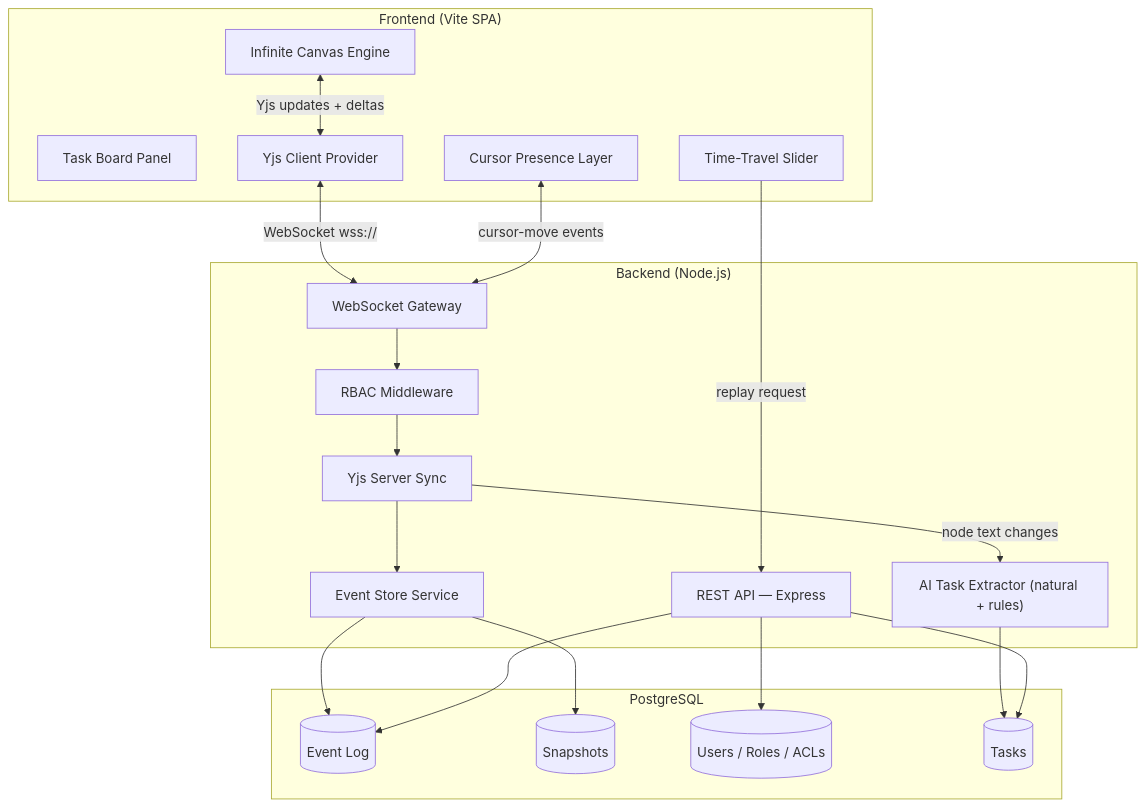
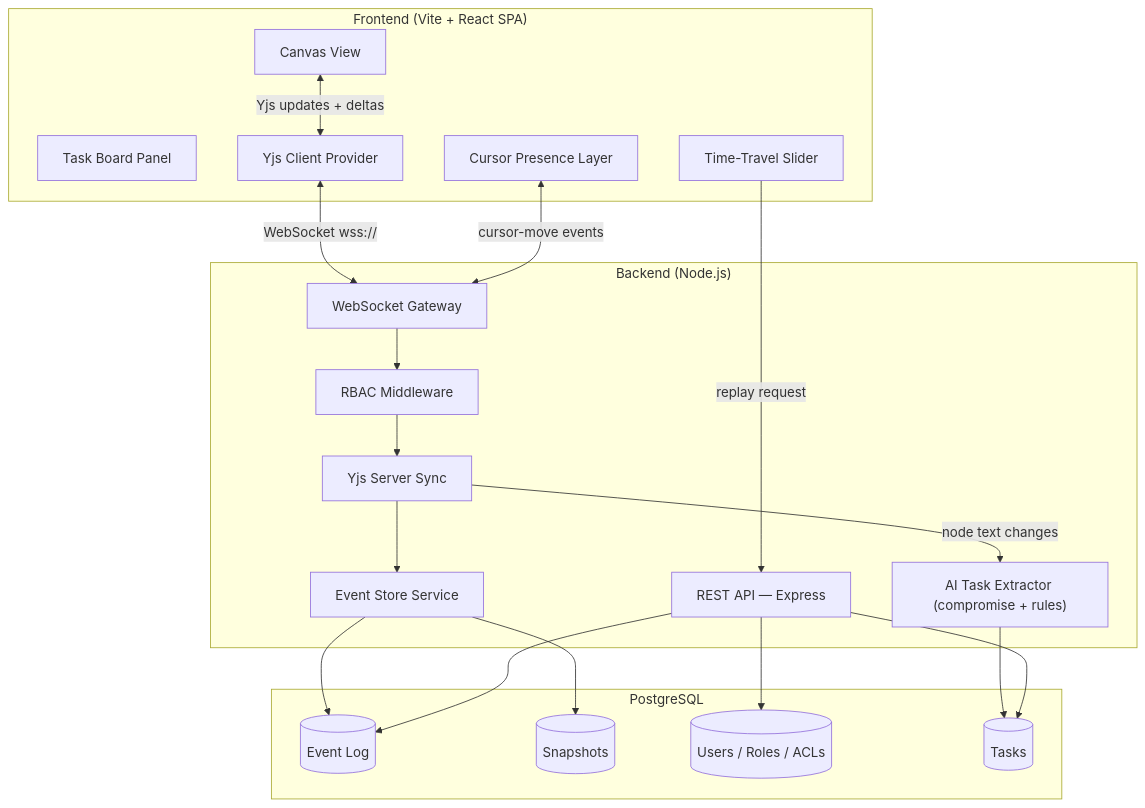
Before and after one commit to haniyashafiq/LIGMA: the first of 2 diagrams in implementation_plan_ligma.md, drawn with Mermaid. The commit also changed other lines of this file and 1 other file, not shown here.

````diff
--- a/implementation_plan_ligma.md
+++ b/implementation_plan_ligma.md
@@ -9,41 +9,41 @@
 ```mermaid
 graph TB
-    subgraph Client["Frontend (Vite SPA)"]
-        IC[Infinite Canvas Engine]
+    subgraph Client["Frontend (Vite + React SPA)"]
+      IC[Canvas View]
         TB[Task Board Panel]
         CP[Cursor Presence Layer]
         TT[Time-Travel Slider]
         YC[Yjs Client Provider]
     end
 
     subgraph Server["Backend (Node.js)"]
         WS[WebSocket Gateway]
         YS[Yjs Server Sync]
         ES[Event Store Service]
         RBAC[RBAC Middleware]
-        AI["AI Task Extractor (natural + rules)"]
+        AI["AI Task Extractor (compromise + rules)"]
         REST[REST API — Express]
     end
 
     subgraph DB["PostgreSQL"]
         EL[(Event Log)]
         SNAP[(Snapshots)]
         ACL[(Users / Roles / ACLs)]
         TASKS[(Tasks)]
     end
 
     IC <-->|Yjs updates + deltas| YC
     YC <-->|WebSocket wss://| WS
     WS --> RBAC
     RBAC --> YS
     YS --> ES
     ES --> EL
     ES --> SNAP
     AI --> TASKS
     YS -->|node text changes| AI
     REST --> ACL
     REST --> TASKS
     CP <-->|cursor-move events| WS
     TT -->|replay request| REST
     REST --> EL
 ```
````
